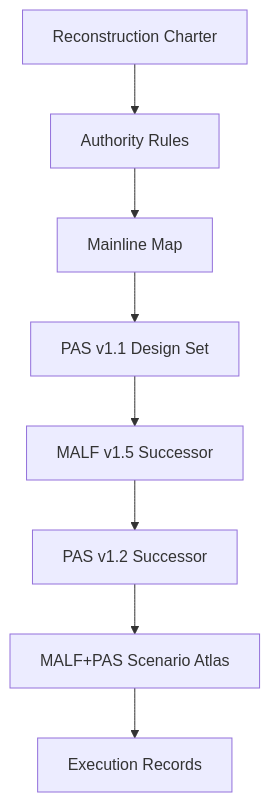
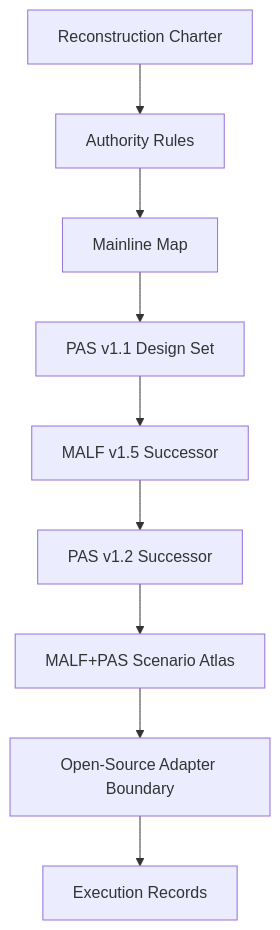
The diagram in docs/README.md (everything-is-simple/Malf-Pas), drawn with Mermaid before and after one commit. The commit also changed other lines of this file and 21 other files, not shown here.

Commit message:
feat: close governance roadmap with adapter boundary

````diff
--- a/docs/README.md
+++ b/docs/README.md
@@ -5,10 +5,11 @@
 ```mermaid
 flowchart TD
     A[Reconstruction Charter] --> B[Authority Rules]
     B --> C[Mainline Map]
     C --> D[PAS v1.1 Design Set]
     D --> E[MALF v1.5 Successor]
     E --> F[PAS v1.2 Successor]
     F --> G[MALF+PAS Scenario Atlas]
-    G --> H[Execution Records]
+    G --> H[Open-Source Adapter Boundary]
+    H --> I[Execution Records]
 ```
````
